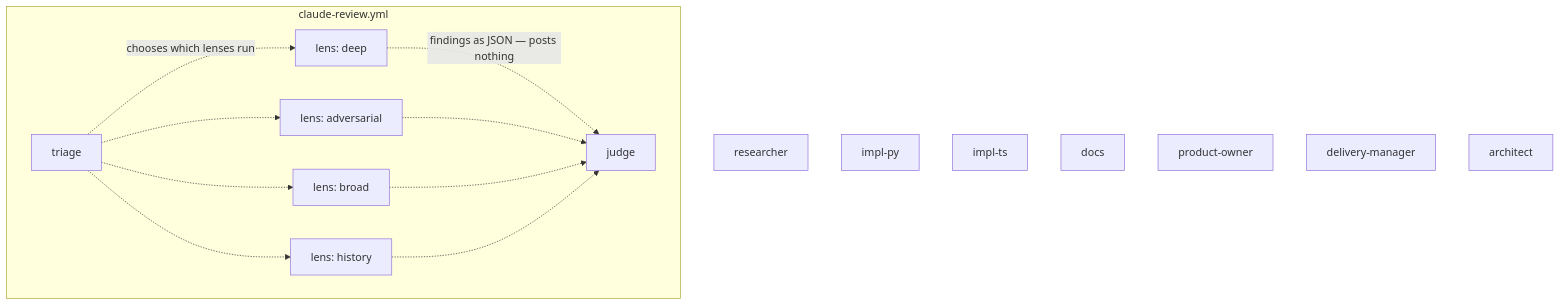
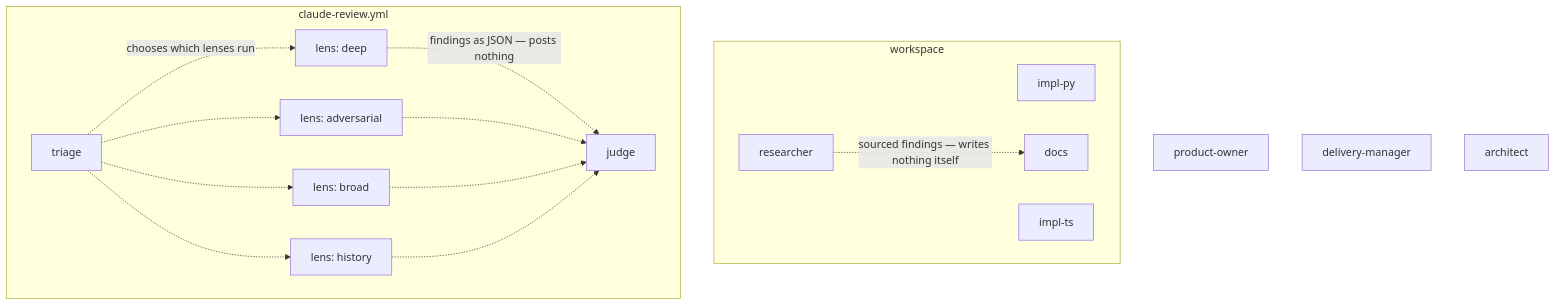
The fifth of 8 diagrams in arch/generated/VIEWS.md (konyklabs/.github), drawn with Mermaid before and after one commit. The commit also changed other lines of this file and 11 other files, not shown here.

````diff
--- a/arch/generated/VIEWS.md
+++ b/arch/generated/VIEWS.md
@@ -135,26 +134,29 @@
 ```mermaid
 graph TB
-  KonyklabsWorkspaceResearcher@{ shape: rectangle, label: "researcher" }
-  KonyklabsWorkspaceImplPy@{ shape: rectangle, label: "impl-py" }
-  KonyklabsWorkspaceImplTs@{ shape: rectangle, label: "impl-ts" }
-  KonyklabsWorkspaceDocsAgent@{ shape: rectangle, label: "docs" }
+  subgraph KonyklabsWorkspace["`workspace`"]
+    KonyklabsWorkspace.ImplPy@{ shape: rectangle, label: "impl-py" }
+    KonyklabsWorkspace.ImplTs@{ shape: rectangle, label: "impl-ts" }
+    KonyklabsWorkspace.Researcher@{ shape: rectangle, label: "researcher" }
+    KonyklabsWorkspace.DocsAgent@{ shape: rectangle, label: "docs" }
+  end
   KonyklabsDotgithubProductOwner@{ shape: rectangle, label: "product-owner" }
   KonyklabsDotgithubDeliveryManager@{ shape: rectangle, label: "delivery-manager" }
   KonyklabsDotgithubArchitect@{ shape: rectangle, label: "architect" }
   subgraph KonyklabsDotgithubGate["`claude-review.yml`"]
     KonyklabsDotgithubGate.Triage@{ shape: rectangle, label: "triage" }
     KonyklabsDotgithubGate.LensDeep@{ shape: rectangle, label: "lens: deep" }
     KonyklabsDotgithubGate.LensAdversarial@{ shape: rectangle, label: "lens: adversarial" }
     KonyklabsDotgithubGate.LensBroad@{ shape: rectangle, label: "lens: broad" }
     KonyklabsDotgithubGate.LensHistory@{ shape: rectangle, label: "lens: history" }
     KonyklabsDotgithubGate.Judge@{ shape: rectangle, label: "judge" }
   end
+  KonyklabsWorkspace.Researcher -. "`sourced findings — writes nothing itself`" .-> KonyklabsWorkspace.DocsAgent
   KonyklabsDotgithubGate.Triage -. "`chooses which lenses run`" .-> KonyklabsDotgithubGate.LensDeep
   KonyklabsDotgithubGate.Triage -.-> KonyklabsDotgithubGate.LensAdversarial
   KonyklabsDotgithubGate.Triage -.-> KonyklabsDotgithubGate.LensBroad
   KonyklabsDotgithubGate.Triage -.-> KonyklabsDotgithubGate.LensHistory
   KonyklabsDotgithubGate.LensDeep -. "`findings as JSON — posts nothing`" .-> KonyklabsDotgithubGate.Judge
   KonyklabsDotgithubGate.LensAdversarial -.-> KonyklabsDotgithubGate.Judge
   KonyklabsDotgithubGate.LensBroad -.-> KonyklabsDotgithubGate.Judge
   KonyklabsDotgithubGate.LensHistory -.-> KonyklabsDotgithubGate.Judge
 ```
````
